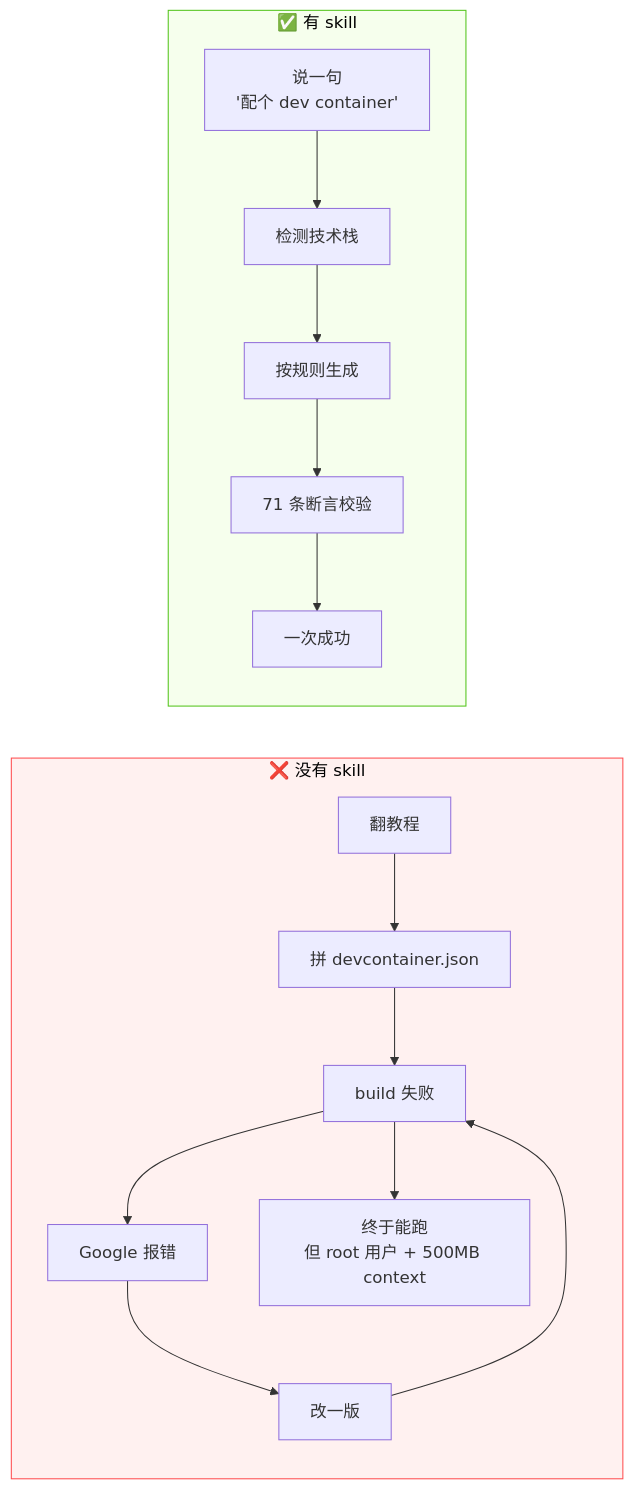
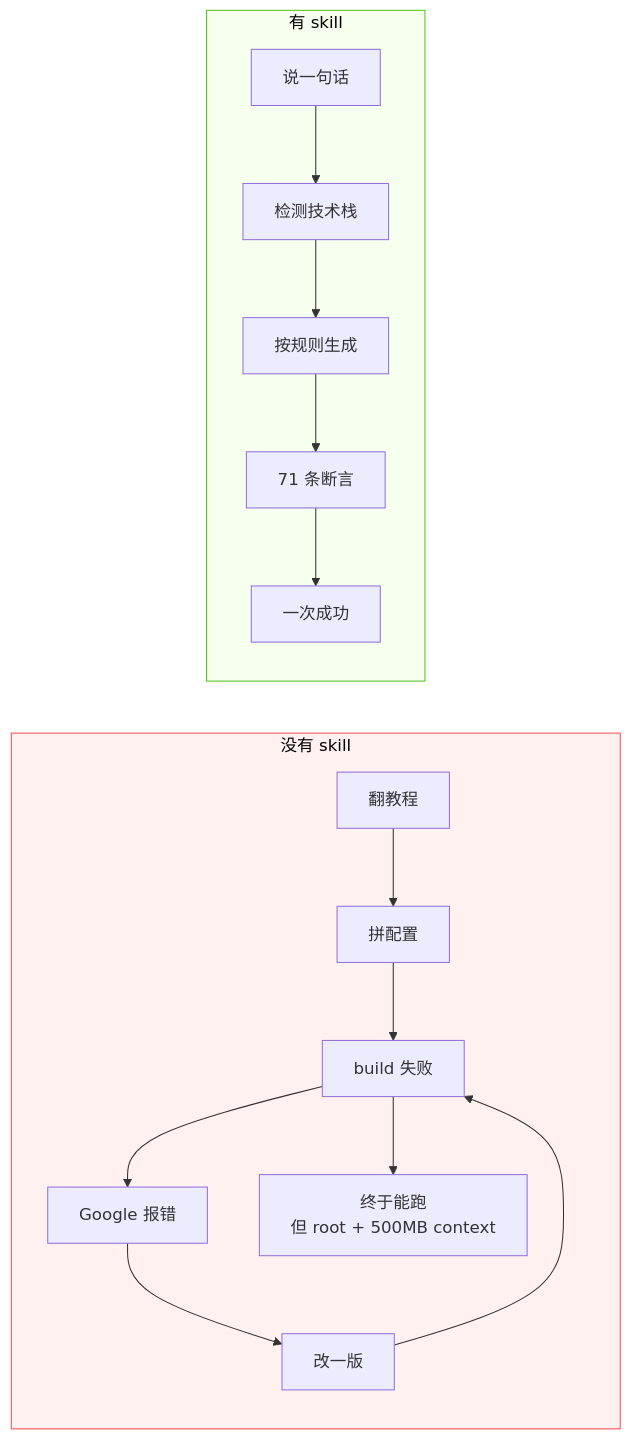
The first of 2 diagrams in README.md (GlariaLuminous/setup-devcontainer-skill), drawn with Mermaid before and after one commit. The commit also changed other lines of this file, not shown here.

````diff
--- a/README.md
+++ b/README.md
@@ -52,21 +64,21 @@
 ```mermaid
 graph LR
-    subgraph BEFORE["❌ 没有 skill"]
-        A1["翻教程"] --> A2["拼 devcontainer.json"]
+    subgraph BEFORE["没有 skill"]
+        A1["翻教程"] --> A2["拼配置"]
         A2 --> A3["build 失败"]
         A3 --> A4["Google 报错"]
         A4 --> A5["改一版"]
         A5 --> A3
-        A3 --> A6["终于能跑<br/>但 root 用户 + 500MB context"]
+        A3 --> A6["终于能跑<br/>但 root + 500MB context"]
     end
 
-    subgraph AFTER["✅ 有 skill"]
-        B1["说一句<br/>'配个 dev container'"] --> B2["检测技术栈"]
+    subgraph AFTER["有 skill"]
+        B1["说一句话"] --> B2["检测技术栈"]
         B2 --> B3["按规则生成"]
-        B3 --> B4["71 条断言校验"]
+        B3 --> B4["71 条断言"]
         B4 --> B5["一次成功"]
     end
 
     style BEFORE fill:#fff1f0,stroke:#ff4d4f,color:#000
     style AFTER fill:#f6ffed,stroke:#52c41a,color:#000
 ```
````
